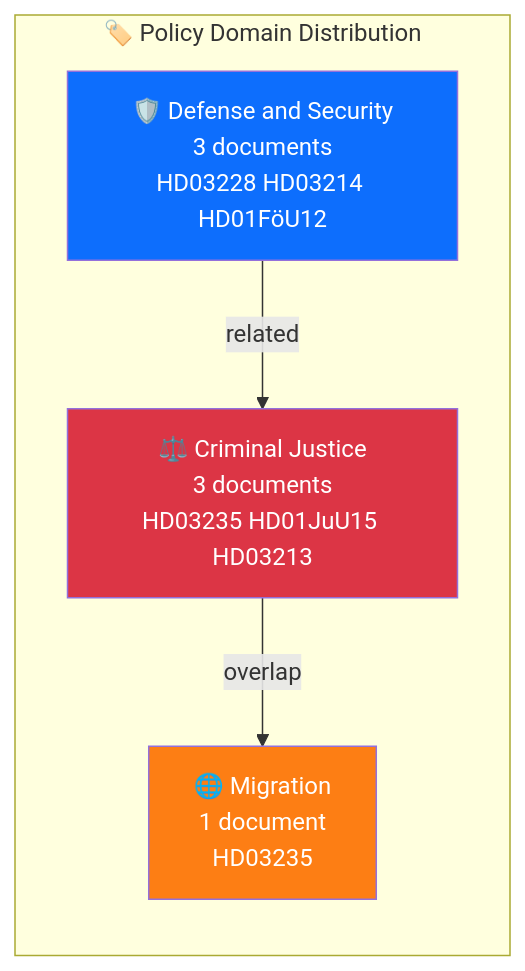
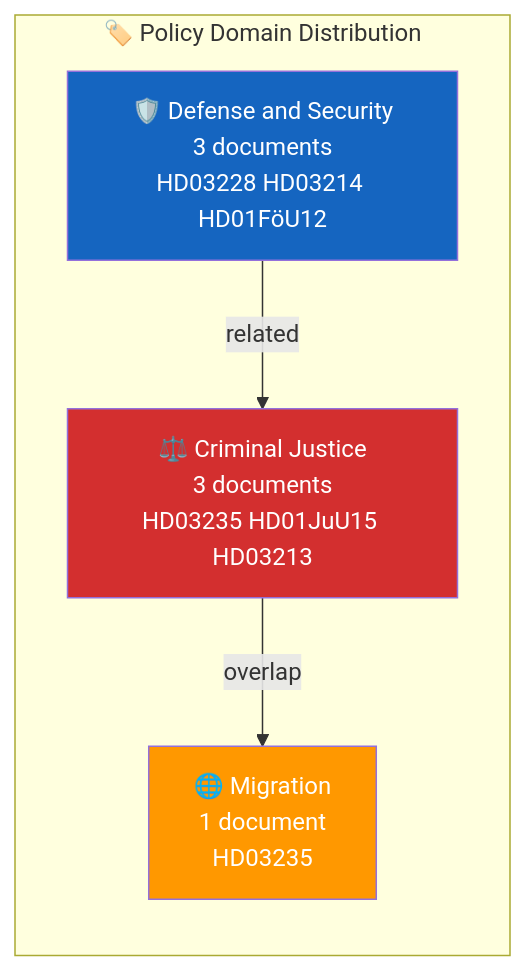
One commit to Hack23/riksdagsmonitor changed the diagram in analysis/daily/2026-04-05/realtime-1212/classification-results.md. Above: the diagram before and after it, drawn with Mermaid. The commit also changed 785 other files, not shown here.

First line of the commit message:
Normalize mermaid colors across 786 analysis artifacts to ISMS Style Guide palette

````diff
--- a/analysis/daily/2026-04-05/realtime-1212/classification-results.md
+++ b/analysis/daily/2026-04-05/realtime-1212/classification-results.md
@@ -16,15 +16,15 @@
 ```mermaid
 graph LR
     subgraph "🏷️ Policy Domain Distribution"
         CJ["⚖️ Criminal Justice<br/>3 documents<br/>HD03235 HD01JuU15 HD03213"]
         DEF["🛡️ Defense and Security<br/>3 documents<br/>HD03228 HD03214 HD01FöU12"]
         MIG["🌐 Migration<br/>1 document<br/>HD03235"]
     end
 
     CJ -->|"overlap"| MIG
     DEF -->|"related"| CJ
 
-    style CJ fill:#dc3545,color:#fff
-    style DEF fill:#0d6efd,color:#fff
-    style MIG fill:#fd7e14,color:#fff
+    style CJ fill:#D32F2F,color:#FFFFFF
+    style DEF fill:#1565C0,color:#FFFFFF
+    style MIG fill:#FF9800,color:#FFFFFF
 ```
````
